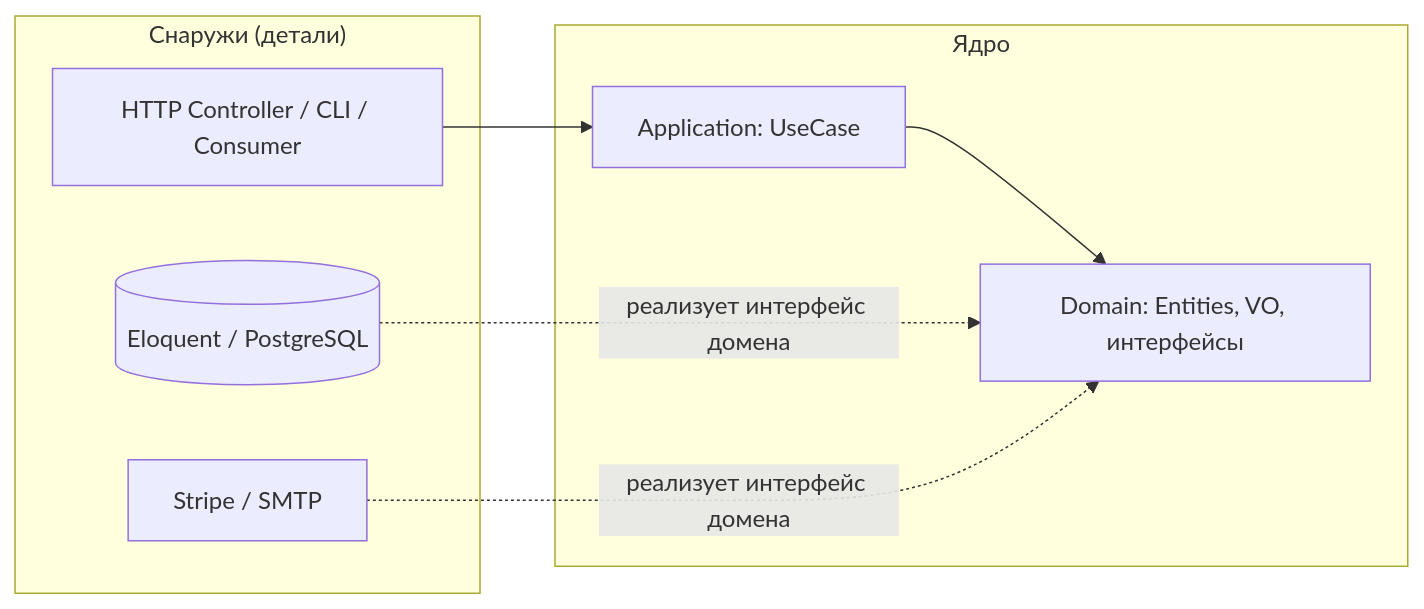
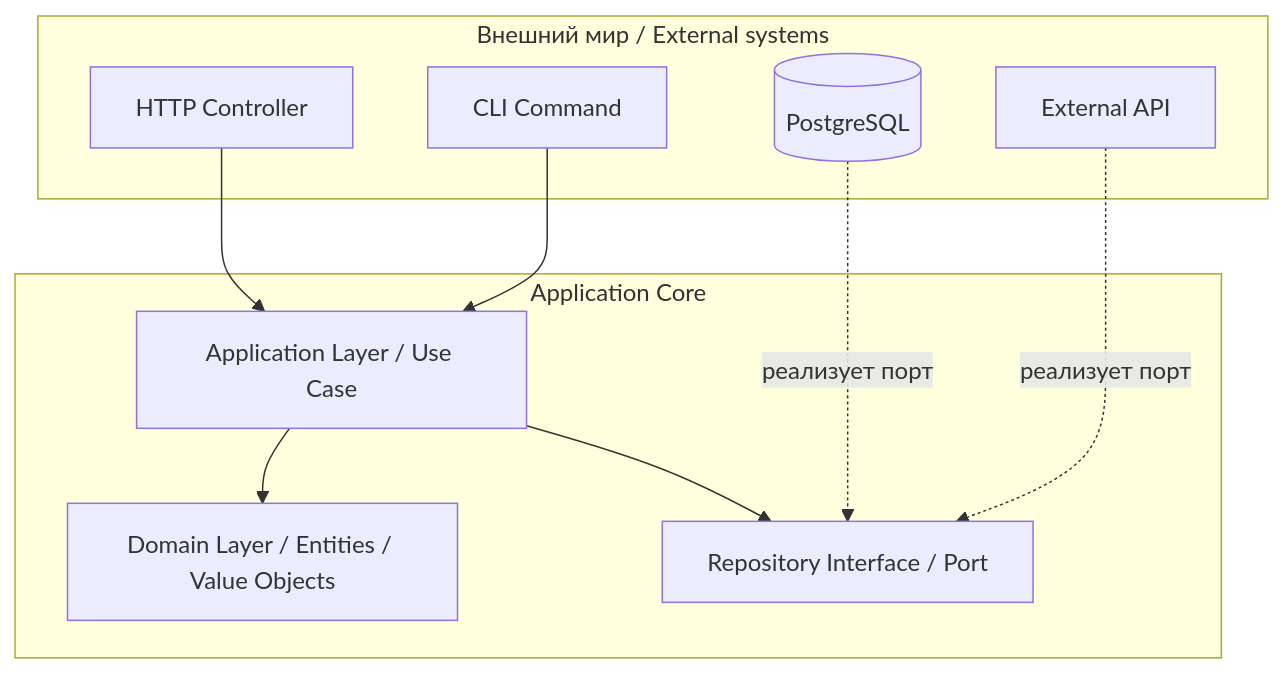
Before and after one commit to younggsad/obsidian-store: the first of 3 diagrams in Innowise/Вопросы к собесу/Backend/Backend Architecture.md, drawn with Mermaid. The commit also changed other lines of this file, not shown here.

````diff
--- a/Innowise/Вопросы к собесу/Backend/Backend Architecture.md
+++ b/Innowise/Вопросы к собесу/Backend/Backend Architecture.md
@@ -266,16 +677,22 @@
 ```mermaid
-flowchart LR
-    subgraph Outside["Снаружи (детали)"]
-        HTTP["HTTP Controller / CLI / Consumer"]
-        DB[("Eloquent / PostgreSQL")]
-        EXT["Stripe / SMTP"]
+flowchart TB
+    subgraph External["Внешний мир / External systems"]
+        HTTP["HTTP Controller"]
+        CLI["CLI Command"]
+        DB[("PostgreSQL")]
+        API["External API"]
     end
-    subgraph Core["Ядро"]
-        APP["Application: UseCase"]
-        DOM["Domain: Entities, VO, интерфейсы"]
+
+    subgraph Core["Application Core"]
+        APP["Application Layer / Use Case"]
+        DOMAIN["Domain Layer / Entities / Value Objects"]
+        PORT["Repository Interface / Port"]
     end
+
     HTTP --> APP
-    APP --> DOM
-    DB -. "реализует интерфейс домена" .-> DOM
-    EXT -. "реализует интерфейс домена" .-> DOM
+    CLI --> APP
+    APP --> DOMAIN
+    APP --> PORT
+    DB -. "реализует порт" .-> PORT
+    API -. "реализует порт" .-> PORT
 ```
````
